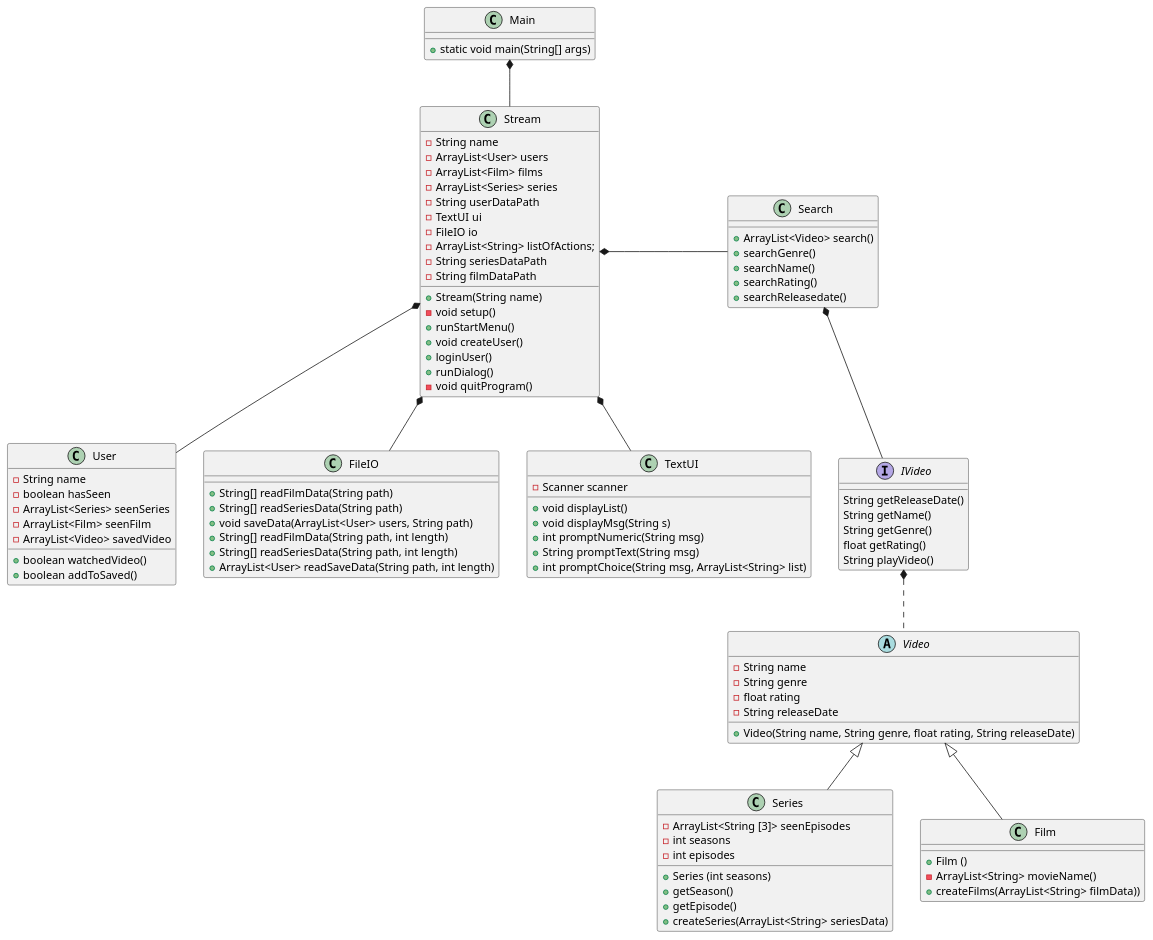
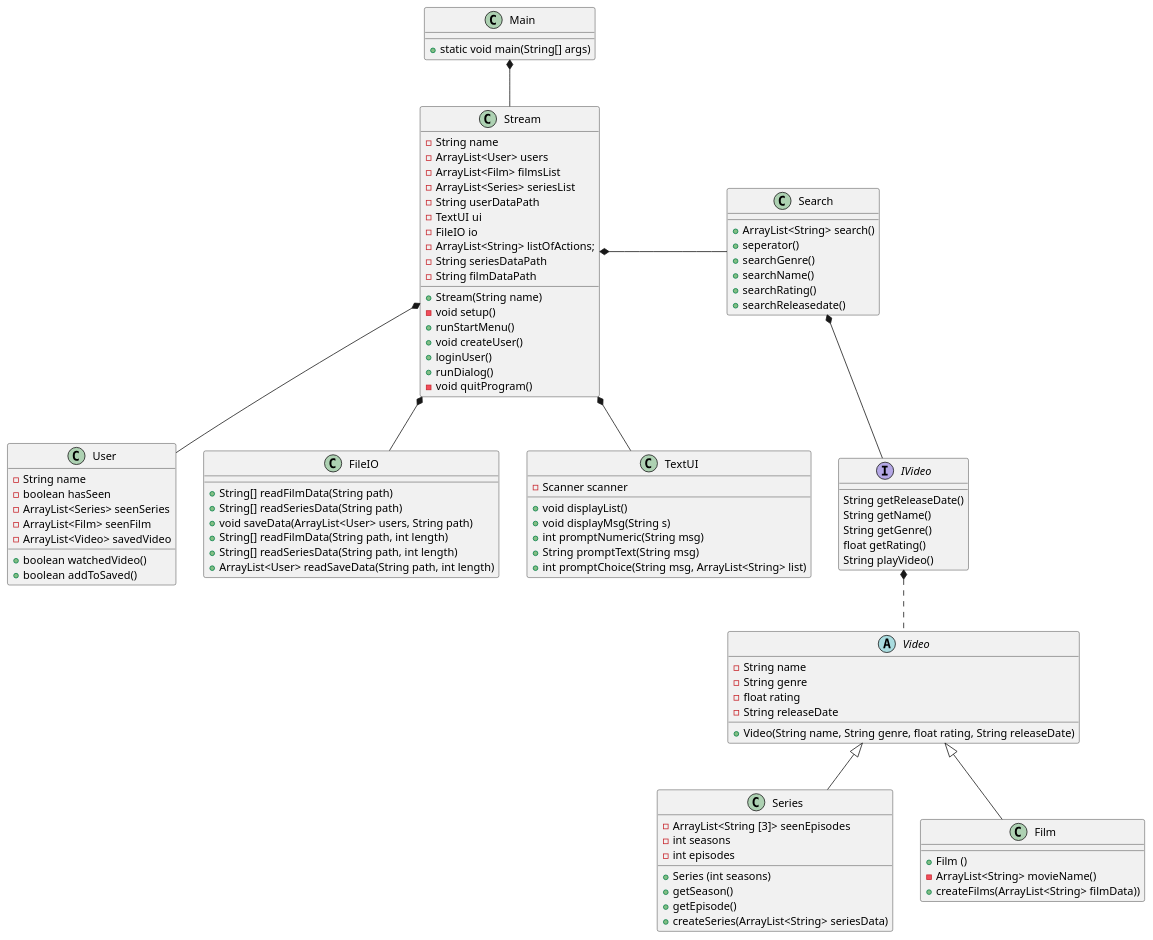
The diagram in doc/Plan/static/classdiagram.puml (Gervig/SP3-Gruppe-C), drawn with PlantUML before and after one commit. The commit also changed 1 other file, not shown here.

Commit message:
classdiagram update

```diff
--- a/doc/Plan/static/classdiagram.puml
+++ b/doc/Plan/static/classdiagram.puml
@@ -1,126 +1,127 @@
 @startuml
 'https://plantuml.com/class-diagram
 
 class Main{
 + static void main(String[] args)
 }
 
 class Stream{
 - String name
 'utilities
 - ArrayList<User> users
-- ArrayList<Film> films
-- ArrayList<Series> series
+- ArrayList<Film> filmsList
+- ArrayList<Series> seriesList
 - String userDataPath
 - TextUI ui
 - FileIO io
 - ArrayList<String> listOfActions;
 - String seriesDataPath
 - String filmDataPath
 'constructor
 + Stream(String name)
 'methods
 - void setup()
 ' setup er til er at læse data
 + runStartMenu()
 + void createUser()
 ' skal createUser være void? Det er den i matador
 ' createUser skal vel checke om der er andre med det brugernavn
 + loginUser()
 ' skal loginUser være void?
 ' den skal vel checke om der er en user med det username og tjekke om loginnet er korrekt
 + runDialog()
 ' i runDialog kan man vælge at søge
 - void quitProgram()
 }
 
 
 class User{
 - String name
 - boolean hasSeen
 - ArrayList<Series> seenSeries
 - ArrayList<Film> seenFilm
 - ArrayList<Video> savedVideo
 + boolean watchedVideo()
 + boolean addToSaved()
 }
 
 class FileIO{
 + String[] readFilmData(String path)
 + String[] readSeriesData(String path)
 + void saveData(ArrayList<User> users, String path)
 + String[] readFilmData(String path, int length)
 + String[] readSeriesData(String path, int length)
 + ArrayList<User> readSaveData(String path, int length)
 }
 
 class TextUI{
 - Scanner scanner
 + void displayList()
 + void displayMsg(String s)
 + int promptNumeric(String msg)
 + String promptText(String msg)
 + int promptChoice(String msg, ArrayList<String> list)
 }
 
 interface IVideo {
 String getReleaseDate()
 String getName()
 String getGenre()
 float getRating()
 String playVideo()
 }
 
 abstract Class Video{
 - String name
 - String genre
 - float rating
 - String releaseDate
 'constructor
 + Video(String name, String genre, float rating, String releaseDate)
 }
 
 class Series{
 'brug evt. et map
 - ArrayList<String [3]> seenEpisodes
 - int seasons
 - int episodes
 + Series (int seasons)
 + getSeason()
 + getEpisode()
 + createSeries(ArrayList<String> seriesData)
 }
 
 class Film {
 'constructor
 + Film ()
 - ArrayList<String> movieName()
 + createFilms(ArrayList<String> filmData))
 }
 
 
 class Search{
-+ ArrayList<Video> search()
++ ArrayList<String> search()
++ seperator()
 'methods til de forskellige søgemuligheder
 ' Skal disse returnere objekterne fra video?
 + searchGenre()
 + searchName()
 + searchRating()
 + searchReleasedate()
 'skal vi have funktioner der kun søger blandt serier og film adskilt?
 }
 
 IVideo *.. Video
 
 Video <|-- Series
 Video <|-- Film
 
 Main *-- Stream
 
 Stream *-- User
 Stream *-- FileIO
 Stream *-- TextUI
 Search *-- IVideo
 Stream *- Search
 
 @enduml
```
